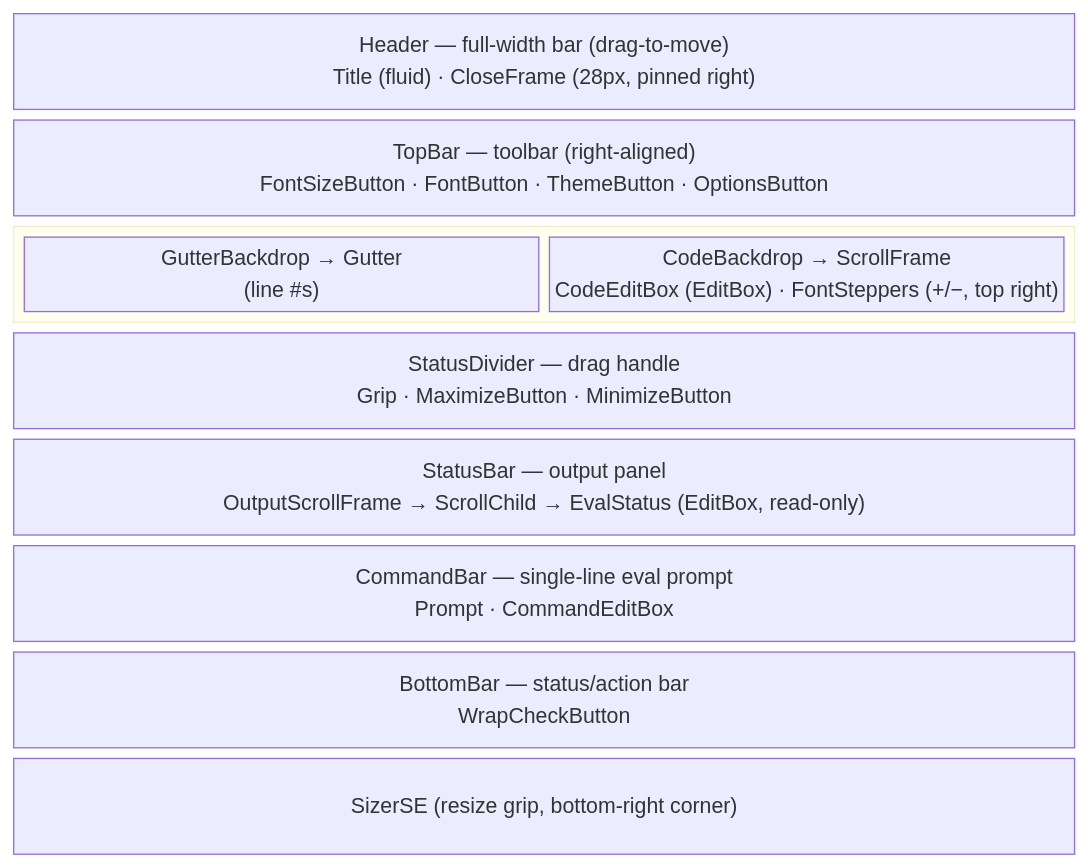
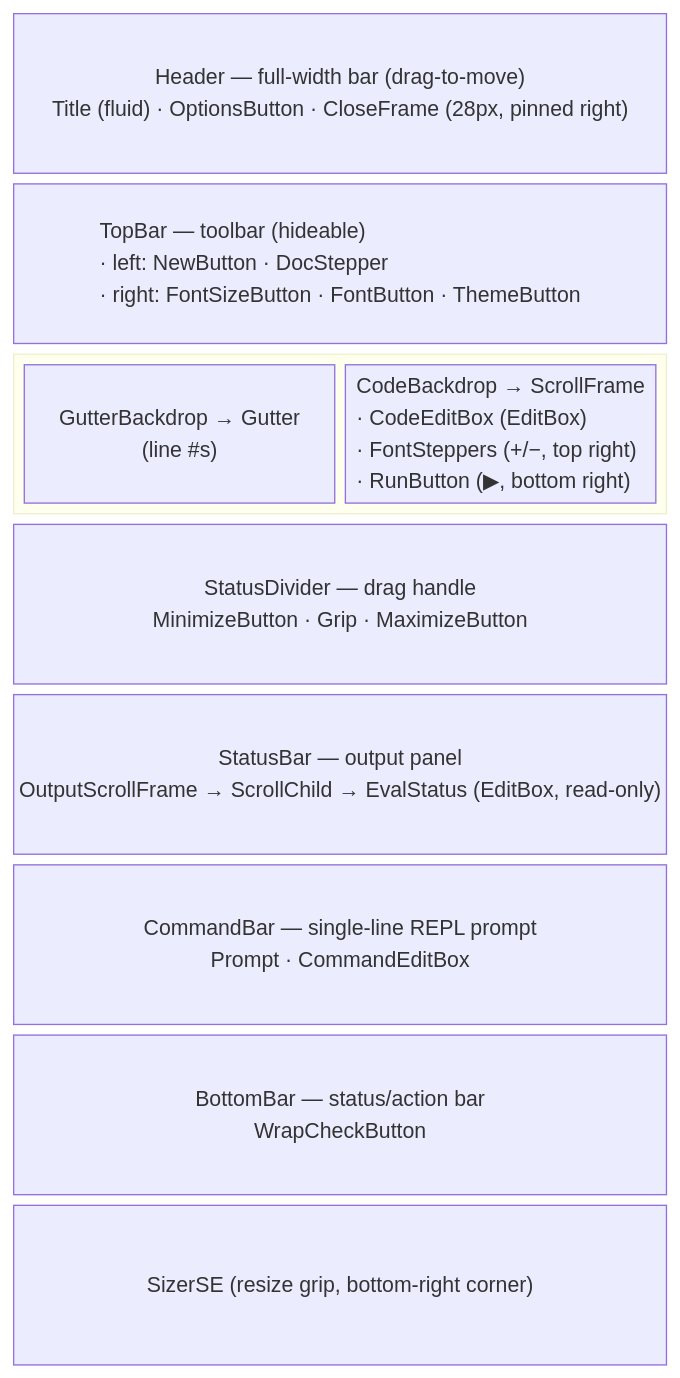
One commit to kapresoft/wow-addon-LuaDevKit changed the diagram in LuaDevKit-CodeEditor/README_CodeEditor.md. Above: the diagram before and after it, drawn with Mermaid. The commit also changed other lines of this file and 8 other files, not shown here.

First line of the commit message:
Add documents (New + Open stepper), a hideable toolbar, and a REPL command line

````diff
--- a/LuaDevKit-CodeEditor/README_CodeEditor.md
+++ b/LuaDevKit-CodeEditor/README_CodeEditor.md
@@ -31,15 +31,18 @@
 ```mermaid
+
 block-beta
 columns 1
-  Header["Header — full-width bar (drag-to-move)\nTitle (fluid) · CloseFrame (28px, pinned right)"]
-  TopBar["TopBar — toolbar (right-aligned)\nFontSizeButton · FontButton · ThemeButton · OptionsButton"]
+  Header["Header — full-width bar (drag-to-move)\nTitle (fluid) · OptionsButton · CloseFrame (28px, pinned right)"]
+  TopBar["TopBar — toolbar (hideable)\n· left: NewButton · DocStepper\n· right: FontSizeButton · FontButton · ThemeButton"]
   block:body
     Gutter["GutterBackdrop → Gutter\n(line #s)"]
-    Code["CodeBackdrop → ScrollFrame\nCodeEditBox (EditBox) · FontSteppers (+/−, top right)"]
+    Code["CodeBackdrop → ScrollFrame\n· CodeEditBox (EditBox)\n· FontSteppers (+/−, top right)\n· RunButton (▶, bottom right)"]
   end
-  Divider["StatusDivider — drag handle\nGrip · MaximizeButton · MinimizeButton"]
+  Divider["StatusDivider — drag handle\nMinimizeButton · Grip · MaximizeButton"]
   Status["StatusBar — output panel\nOutputScrollFrame → ScrollChild → EvalStatus (EditBox, read-only)"]
-  Command["CommandBar — single-line eval prompt\nPrompt · CommandEditBox"]
+  Command["CommandBar — single-line REPL prompt\nPrompt · CommandEditBox"]
   BottomBar["BottomBar — status/action bar\nWrapCheckButton"]
   Sizer["SizerSE (resize grip, bottom-right corner)"]
+  classDef left text-align:left
+  class Code,TopBar left
 ```
````
